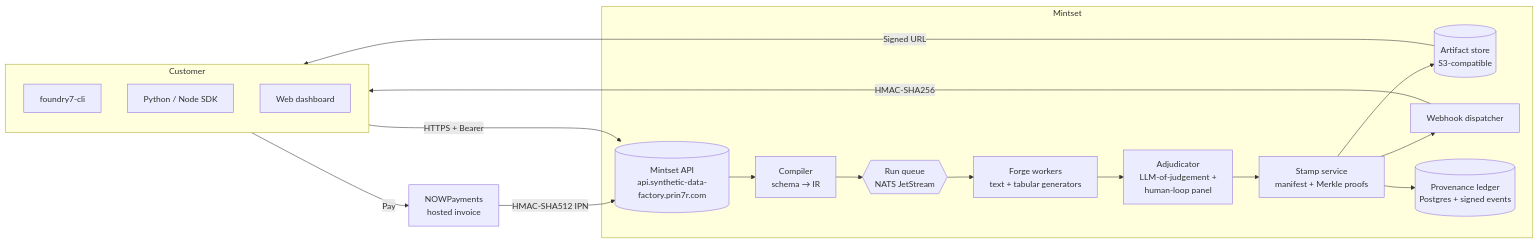
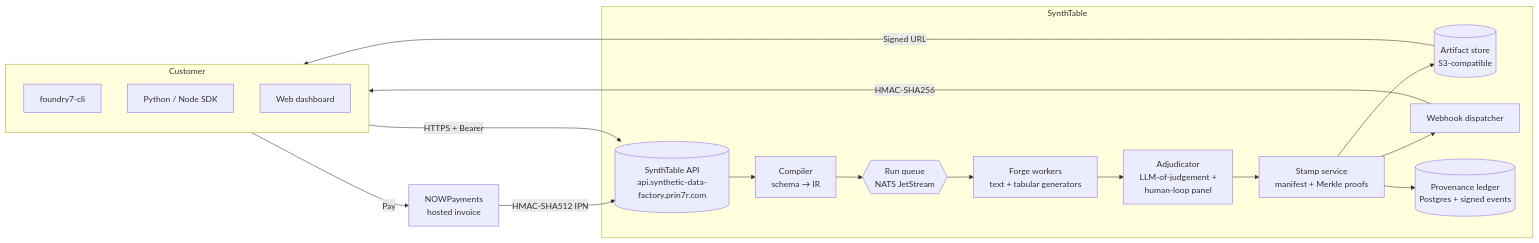
One commit to prin7r-projects/synthetic-data-factory changed the diagram in docs/02-architecture.md. Above: the diagram before and after it, drawn with Mermaid. The commit also changed 22 other files, not shown here.

First line of the commit message:
rebrand: Mintset → SynthTable (FAIL on MINT-1T SERP collision)

````diff
--- a/docs/02-architecture.md
+++ b/docs/02-architecture.md
@@ -5,26 +5,26 @@
 ```mermaid
 flowchart LR
   subgraph Customer
     CLI[foundry7-cli]
     SDK[Python / Node SDK]
     Web[Web dashboard]
   end
 
-  Customer -->|HTTPS + Bearer| API[(Mintset API\napi.synthetic-data-factory.prin7r.com)]
+  Customer -->|HTTPS + Bearer| API[(SynthTable API\napi.synthetic-data-factory.prin7r.com)]
 
-  subgraph Mintset
+  subgraph SynthTable
     API --> COMPILE[Compiler\nschema → IR]
     COMPILE --> QUEUE{{Run queue\nNATS JetStream}}
     QUEUE --> FORGE[Forge workers\ntext + tabular generators]
     FORGE --> JUDGE[Adjudicator\nLLM-of-judgement +\nhuman-loop panel]
     JUDGE --> STAMP[Stamp service\nmanifest + Merkle proofs]
     STAMP --> STORE[(Artifact store\nS3-compatible)]
     STAMP --> WEBHOOK[Webhook dispatcher]
     STAMP --> LEDGER[(Provenance ledger\nPostgres + signed events)]
   end
 
   WEBHOOK -->|HMAC-SHA256| Customer
   STORE -->|Signed URL| Customer
   Customer -->|Pay| NOW[NOWPayments\nhosted invoice]
   NOW -->|HMAC-SHA512 IPN| API
 ```
````
